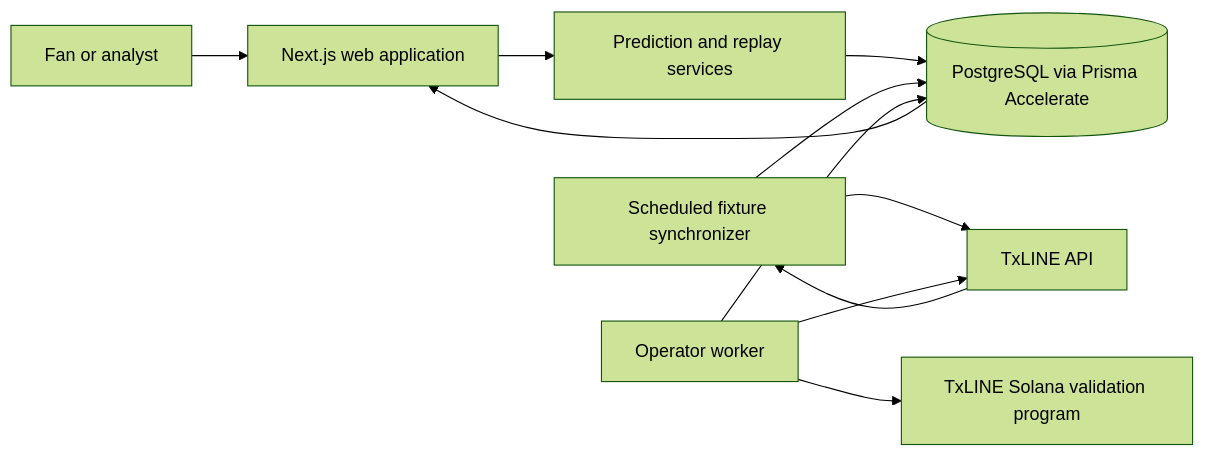
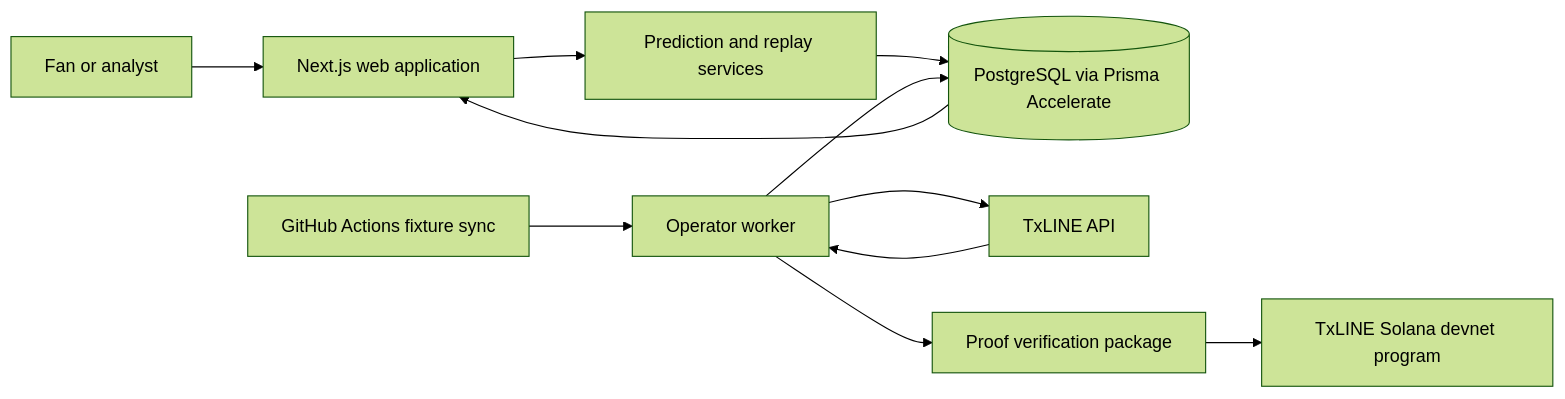
The first of 2 diagrams in README.md (Quenine/predict9ja), drawn with Mermaid (forest theme) before and after one commit. The commit also changed other lines of this file and 1 other file, not shown here.

````diff
--- a/README.md
+++ b/README.md
@@ -48,13 +66,15 @@
 ```mermaid
 flowchart LR
     User[Fan or analyst] --> Web[Next.js web application]
     Web --> Services[Prediction and replay services]
     Services --> DB[(PostgreSQL via Prisma Accelerate)]
-    Sync[Scheduled fixture synchronizer] --> TxLINE[TxLINE API]
-    TxLINE --> Sync
-    Sync --> DB
-    Worker[Operator worker] --> TxLINE
+
+    Workflow[GitHub Actions fixture sync] --> Worker[Operator worker]
+    Worker --> TxLINE[TxLINE API]
+    TxLINE --> Worker
     Worker --> DB
-    Worker --> Validation[TxLINE Solana validation program]
+    Worker --> Verification[Proof verification package]
+    Verification --> Solana[TxLINE Solana devnet program]
+
     DB --> Web
 ```
````
